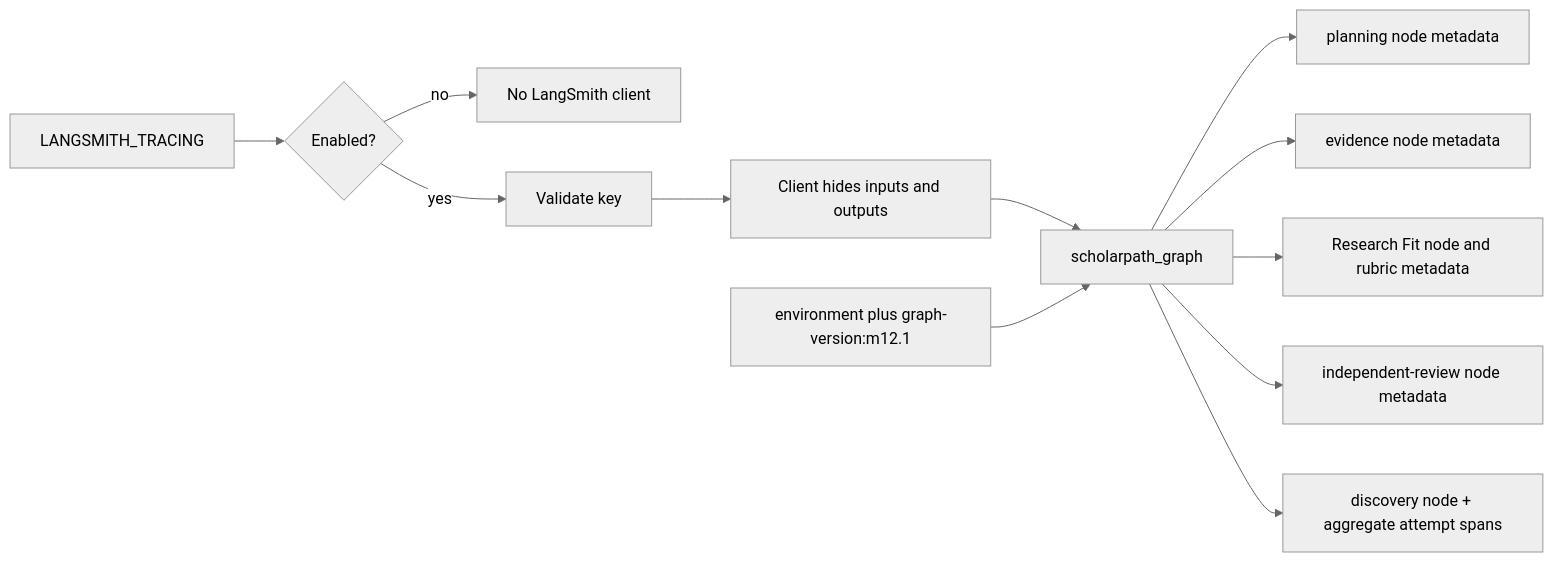
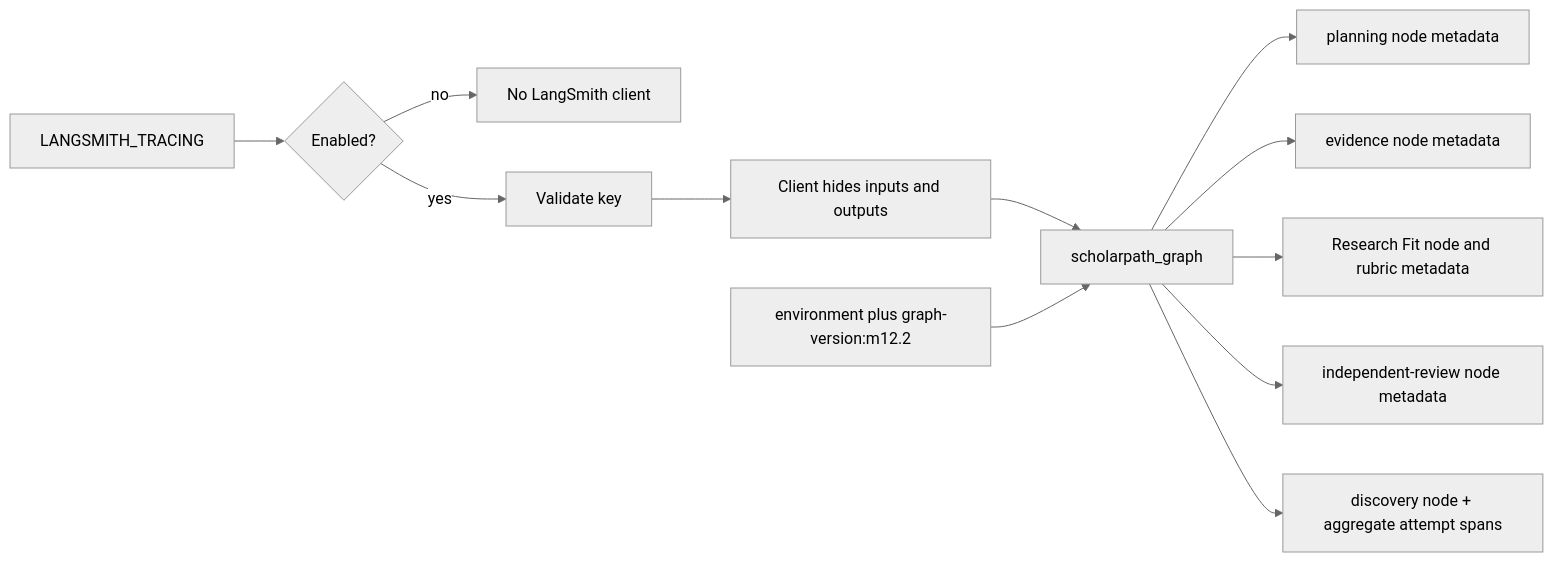
Diagram 21 of 24 in projects/scholar-path/docs/architecture.md (shanly-rajan/ai-builder), drawn with Mermaid (neutral theme) before and after one commit. The commit also changed other lines of this file and 30 other files, not shown here.

````diff
--- a/projects/scholar-path/docs/architecture.md
+++ b/projects/scholar-path/docs/architecture.md
@@ -829,14 +832,14 @@
 ```mermaid
 flowchart LR
     Env[LANGSMITH_TRACING] --> Enabled{Enabled?}
     Enabled -->|no| Off[No LangSmith client]
     Enabled -->|yes| Key[Validate key]
     Key --> Client[Client hides inputs and outputs]
     Client --> Root[scholarpath_graph]
     Root --> PlanTrace[planning node metadata]
     Root --> EvidenceTrace[evidence node metadata]
     Root --> FitTrace[Research Fit node and rubric metadata]
     Root --> ReviewTrace[independent-review node metadata]
     Root --> Discovery[discovery node + aggregate attempt spans]
-    Tags[environment plus graph-version:m12.1] --> Root
+    Tags[environment plus graph-version:m12.2] --> Root
 ```
````
